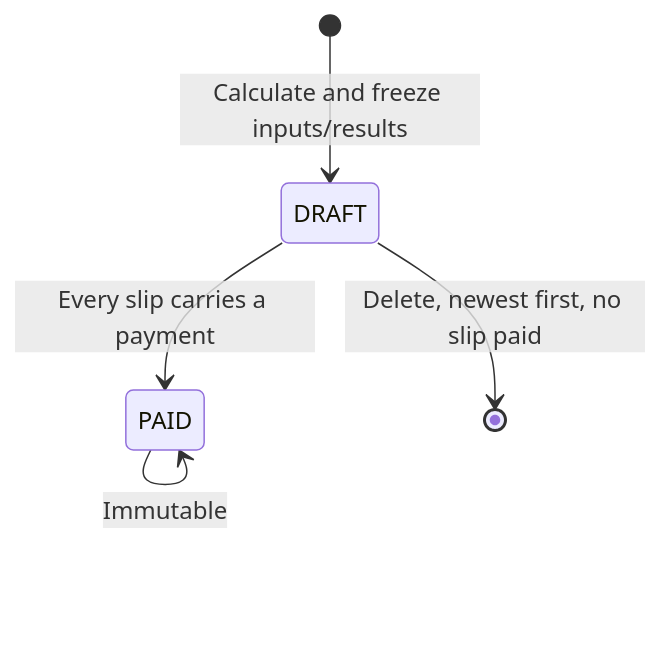
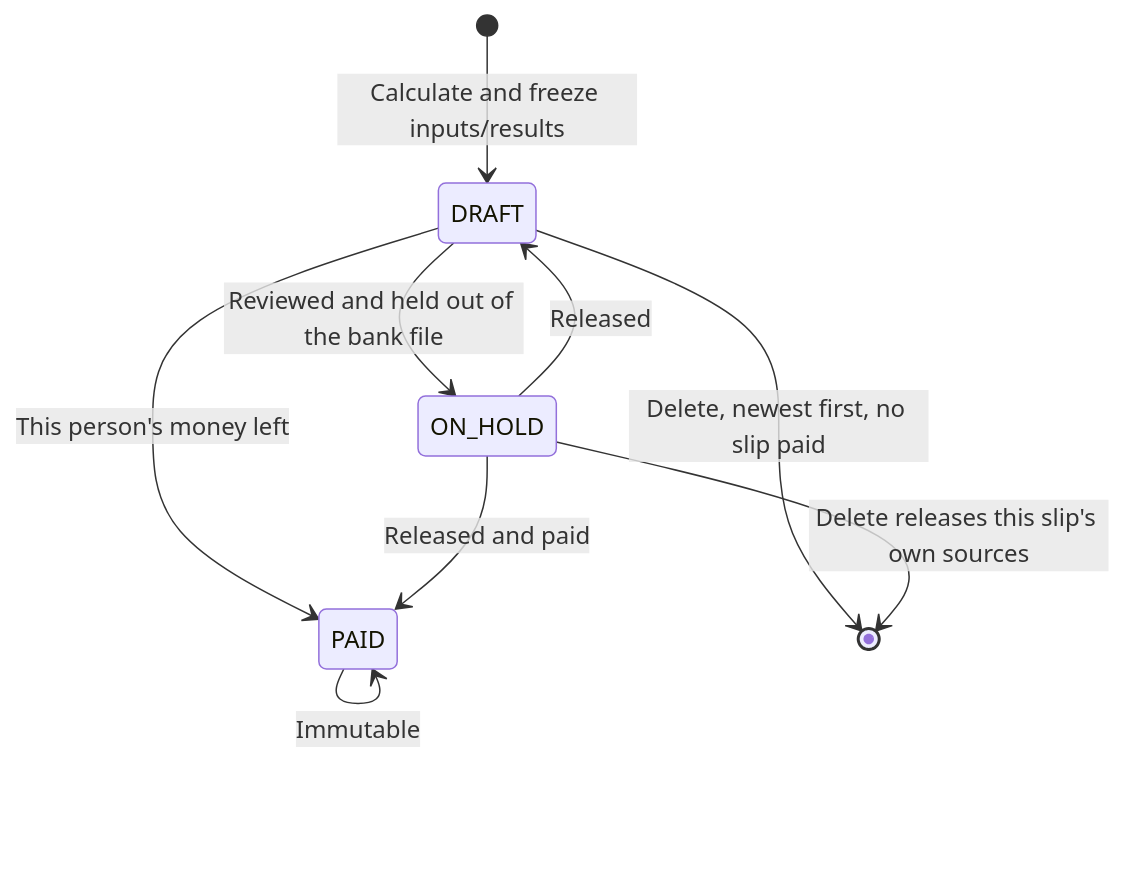
Before and after one commit to norbital-ai/templates: the second of 2 diagrams in hr-payroll/docs/architecture.md, drawn with Mermaid. The commit also changed other lines of this file and 357 other files, not shown here.

````diff
--- a/hr-payroll/docs/architecture.md
+++ b/hr-payroll/docs/architecture.md
@@ -215,7 +226,11 @@
 ```mermaid
 stateDiagram-v2
     [*] --> DRAFT: Calculate and freeze inputs/results
-    DRAFT --> PAID: Every slip carries a payment
+    DRAFT --> ON_HOLD: Reviewed and held out of the bank file
+    ON_HOLD --> DRAFT: Released
+    DRAFT --> PAID: This person's money left
+    ON_HOLD --> PAID: Released and paid
     DRAFT --> [*]: Delete, newest first, no slip paid
+    ON_HOLD --> [*]: Delete releases this slip's own sources
     PAID --> PAID: Immutable
 ```
````
